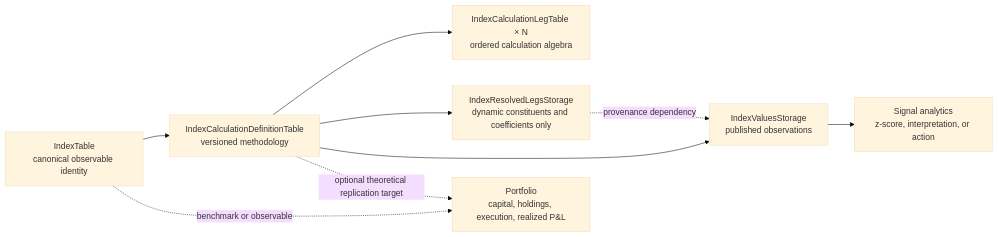
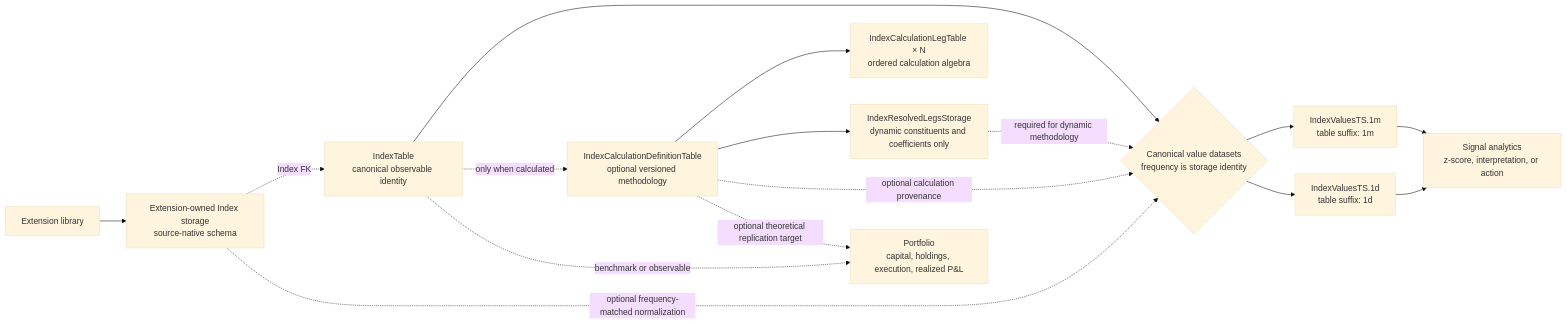
The first of 3 diagrams in docs/ADR/0037-core-derived-index-definition-and-calculation-framework.md (mainsequence-projects/MainSequenceMarkets), drawn with Mermaid (base theme) before and after one commit. The commit also changed other lines of this file and 25 other files, not shown here.

Commit message:
Index Storage and operations finished

````diff
--- a/docs/ADR/0037-core-derived-index-definition-and-calculation-framework.md
+++ b/docs/ADR/0037-core-derived-index-definition-and-calculation-framework.md
@@ -26,11 +40,18 @@
 ```mermaid
 flowchart LR
-    I["IndexTable<br/>canonical observable identity"] --> D["IndexCalculationDefinitionTable<br/>versioned methodology"]
+    I["IndexTable<br/>canonical observable identity"] --> F{"Canonical value datasets<br/>frequency is storage identity"}
+    F --> V1["IndexValuesTS.1m<br/>table suffix: 1m"]
+    F --> V2["IndexValuesTS.1d<br/>table suffix: 1d"]
+    I -. "only when calculated" .-> D["IndexCalculationDefinitionTable<br/>optional versioned methodology"]
     D --> L["IndexCalculationLegTable × N<br/>ordered calculation algebra"]
     D --> R["IndexResolvedLegsStorage<br/>dynamic constituents and coefficients only"]
-    D --> V["IndexValuesStorage<br/>published observations"]
-    R -. "provenance dependency" .-> V
-    V --> S["Signal analytics<br/>z-score, interpretation, or action"]
+    D -. "optional calculation provenance" .-> F
+    R -. "required for dynamic methodology" .-> F
+    E["Extension library"] --> X["Extension-owned Index storage<br/>source-native schema"]
+    X -. "Index FK" .-> I
+    X -. "optional frequency-matched normalization" .-> F
+    V1 --> S["Signal analytics<br/>z-score, interpretation, or action"]
+    V2 --> S
     I -. "benchmark or observable" .-> P["Portfolio<br/>capital, holdings, execution, realized P&L"]
     D -. "optional theoretical replication target" .-> P
 ```
````
